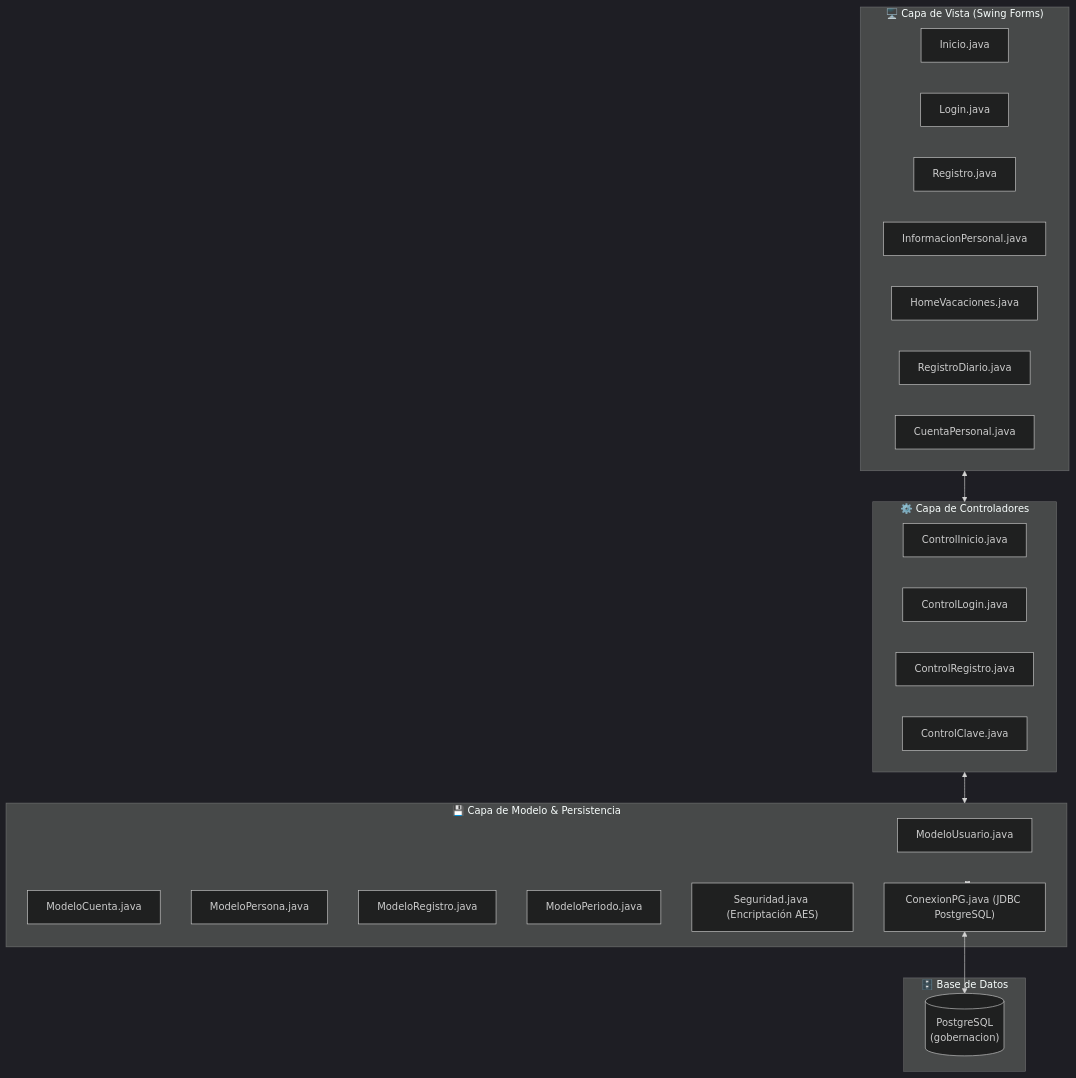
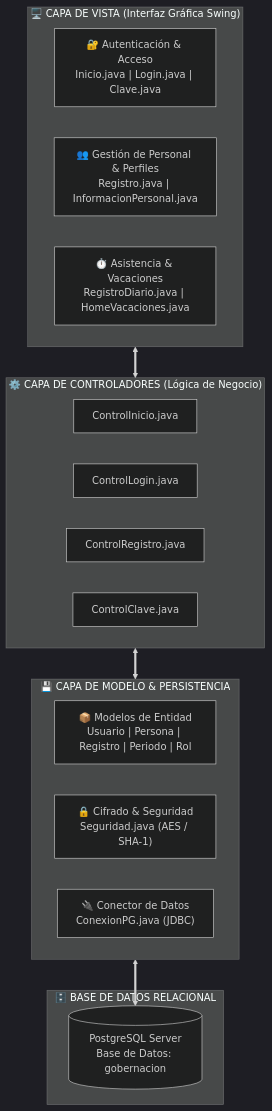
Before and after one commit to Daniiel-Hub123/LiquidacionFuncionarios: the diagram in README.md, drawn with Mermaid (dark theme).

Commit message:
style: improve and balance Mermaid architecture diagram in README

````diff
--- a/README.md
+++ b/README.md
@@ -67,38 +67,32 @@
 ```mermaid
-graph TD
-    subgraph Vistas ["🖥️ Capa de Vista (Swing Forms)"]
-        Inicio["Inicio.java"]
-        Login["Login.java"]
-        Registro["Registro.java"]
-        InformacionPersonal["InformacionPersonal.java"]
-        HomeVacaciones["HomeVacaciones.java"]
-        RegistroDiario["RegistroDiario.java"]
-        CuentaPersonal["CuentaPersonal.java"]
+flowchart TD
+    subgraph VISTAS ["🖥️ CAPA DE VISTA (Interfaz Gráfica Swing)"]
+        direction LR
+        V_AUTH["🔐 Autenticación & Acceso<br/>Inicio.java | Login.java | Clave.java"]
+        V_USER["👥 Gestión de Personal & Perfiles<br/>Registro.java | InformacionPersonal.java"]
+        V_WORK["⏱️ Asistencia & Vacaciones<br/>RegistroDiario.java | HomeVacaciones.java"]
     end
 
-    subgraph Controladores ["⚙️ Capa de Controladores"]
-        ControlInicio["ControlInicio.java"]
-        ControlLogin["ControlLogin.java"]
-        ControlRegistro["ControlRegistro.java"]
-        ControlClave["ControlClave.java"]
+    subgraph CONTROLADORES ["⚙️ CAPA DE CONTROLADORES (Lógica de Negocio)"]
+        direction LR
+        C_INICIO["ControlInicio.java"]
+        C_LOGIN["ControlLogin.java"]
+        C_REGISTRO["ControlRegistro.java"]
+        C_CLAVE["ControlClave.java"]
     end
 
-    subgraph Modelos ["💾 Capa de Modelo & Persistencia"]
-        ModeloUsuario["ModeloUsuario.java"]
-        ModeloCuenta["ModeloCuenta.java"]
-        ModeloPersona["ModeloPersona.java"]
-        ModeloRegistro["ModeloRegistro.java"]
-        ModeloPeriodo["ModeloPeriodo.java"]
-        Seguridad["Seguridad.java (Encriptación AES)"]
-        ConexionPG["ConexionPG.java (JDBC PostgreSQL)"]
+    subgraph MODELOS ["💾 CAPA DE MODELO & PERSISTENCIA"]
+        direction LR
+        M_ENT["📦 Modelos de Entidad<br/>Usuario | Persona | Registro | Periodo | Rol"]
+        M_SEG["🔒 Cifrado & Seguridad<br/>Seguridad.java (AES / SHA-1)"]
+        M_CON["🔌 Conector de Datos<br/>ConexionPG.java (JDBC)"]
     end
 
-    subgraph BaseDatos ["🗄️ Base de Datos"]
-        PostgreSQL[("PostgreSQL\n(gobernacion)")]
+    subgraph BD ["🗄️ BASE DE DATOS RELACIONAL"]
+        DB[("PostgreSQL Server<br/>Base de Datos: gobernacion")]
     end
 
-    Vistas <--> Controladores
-    Controladores <--> Modelos
-    Modelos <--> ConexionPG
-    ConexionPG <--> PostgreSQL
+    VISTAS <==> CONTROLADORES
+    CONTROLADORES <==> MODELOS
+    M_CON <==> DB
 ```
````
